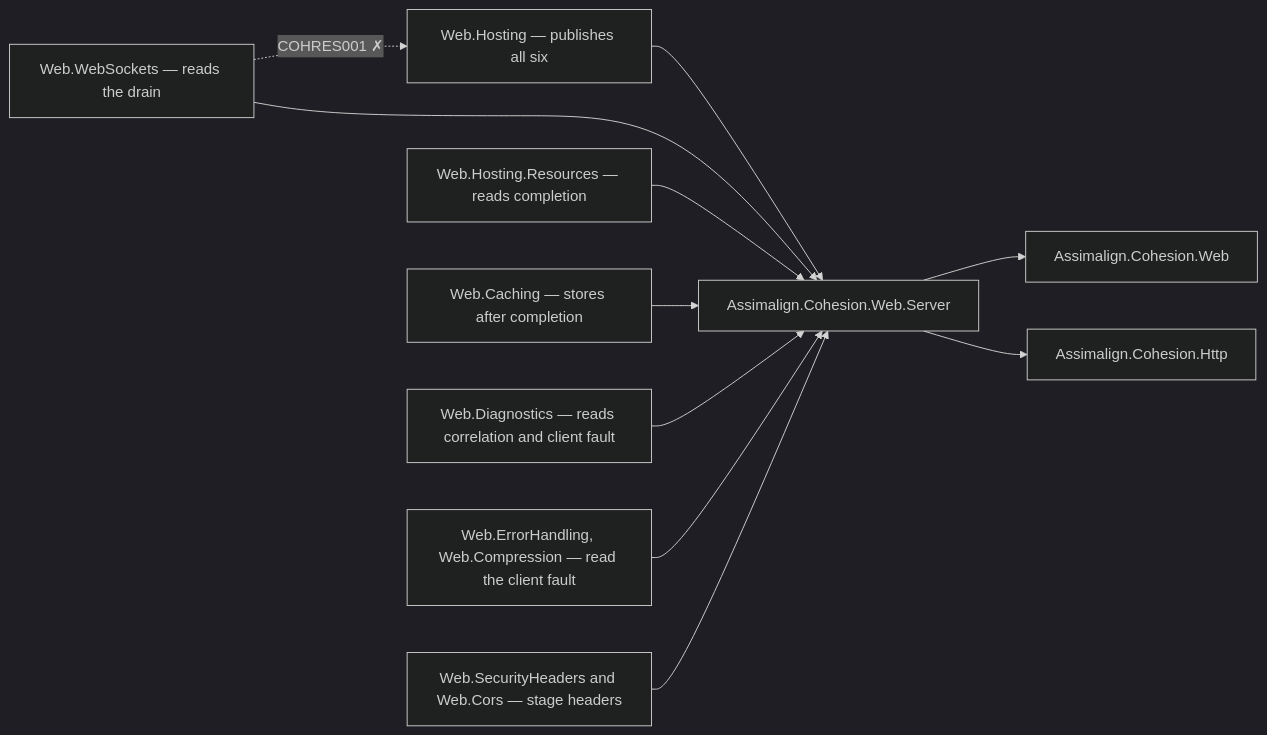
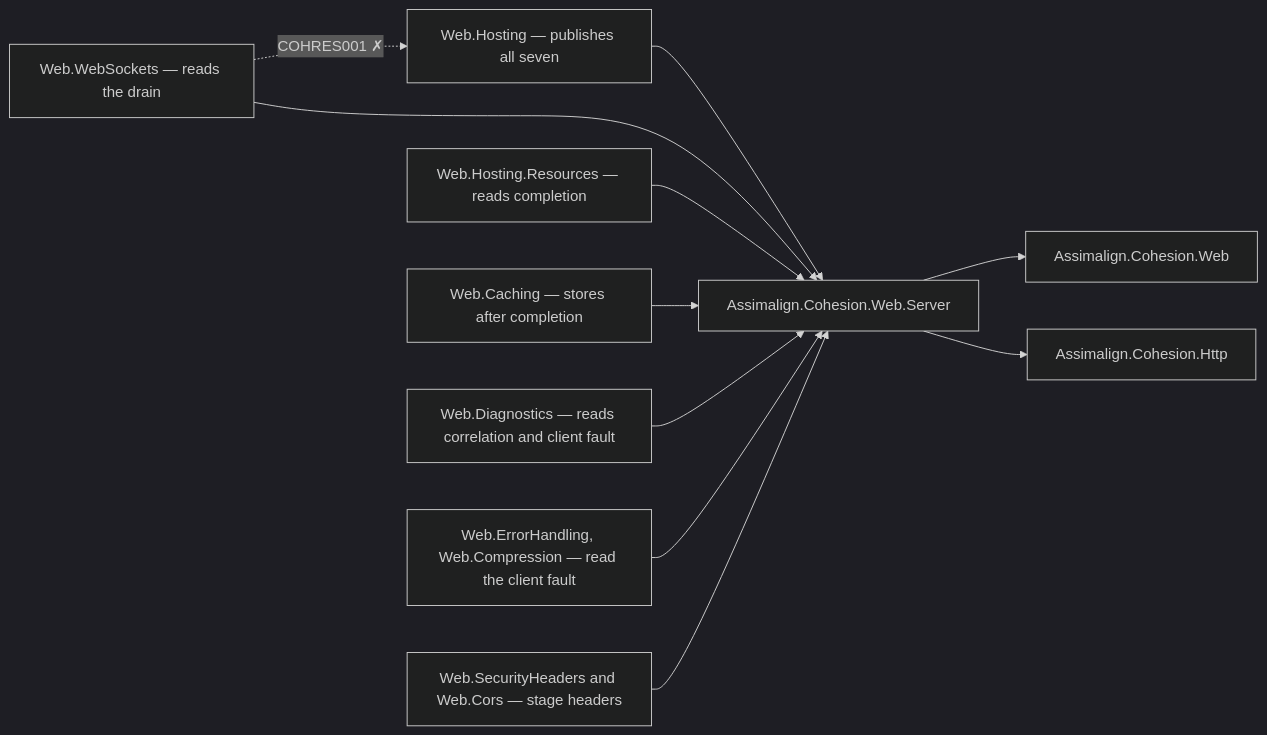
One commit to assimalign/cohesion-docs changed the diagram in docs/dotnet-apis/resources/web/assimalign-cohesion-web-server/design.md. Above: the diagram before and after it, drawn with Mermaid (dark theme). The commit also changed other lines of this file and 149 other files, not shown here.

````diff
--- a/docs/dotnet-apis/resources/web/assimalign-cohesion-web-server/design.md
+++ b/docs/dotnet-apis/resources/web/assimalign-cohesion-web-server/design.md
@@ -31,13 +32,13 @@
 ```mermaid
 flowchart LR
     Server["Assimalign.Cohesion.Web.Server"] --> Root["Assimalign.Cohesion.Web"]
     Server --> Http["Assimalign.Cohesion.Http"]
-    Hosting["Web.Hosting — publishes all six"] --> Server
+    Hosting["Web.Hosting — publishes all seven"] --> Server
     WebSockets["Web.WebSockets — reads the drain"] --> Server
     Resources["Web.Hosting.Resources — reads completion"] --> Server
     Caching["Web.Caching — stores after completion"] --> Server
     Logging["Web.Diagnostics — reads correlation and client fault"] --> Server
     Faults["Web.ErrorHandling, Web.Compression — read the client fault"] --> Server
     Headers["Web.SecurityHeaders and Web.Cors — stage headers"] --> Server
     WebSockets -.->|"COHRES001 ✗"| Hosting
 ```
````
